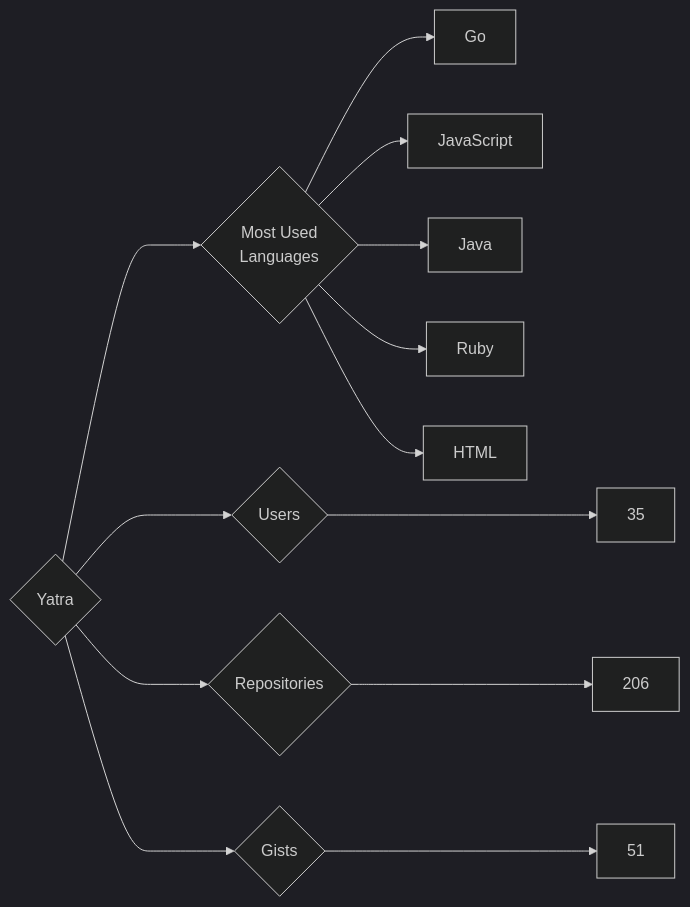
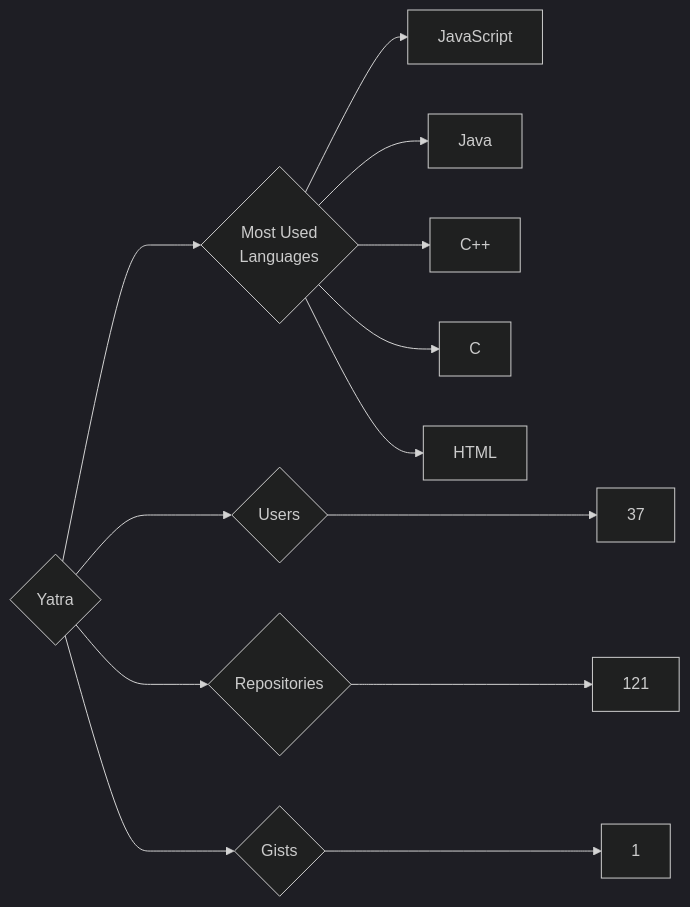
Before and after one commit to trickest/insiders: the diagram in targets/Yatra/README.md, drawn with Mermaid (dark theme). The commit also changed 770 other files, not shown here.

````diff
--- a/targets/Yatra/README.md
+++ b/targets/Yatra/README.md
@@ -3,13 +3,13 @@
 ```mermaid
 graph LR
 COMPANY_NAME{Yatra}
-COMPANY_NAME ---> U{Users} ---> UN[35]
-COMPANY_NAME ---> R{Repositories} ---> RN[206]
-COMPANY_NAME ---> G{Gists} ---> GN[51]
+COMPANY_NAME ---> U{Users} ---> UN[37]
+COMPANY_NAME ---> R{Repositories} ---> RN[121]
+COMPANY_NAME ---> G{Gists} ---> GN[1]
 COMPANY_NAME ---> ML{Most Used<br>Languages}
-ML --> Go[Go]
 ML --> JavaScript[JavaScript]
 ML --> Java[Java]
-ML --> Ruby[Ruby]
+ML --> C++[C++]
+ML --> C[C]
 ML --> HTML[HTML]
 ```
````
